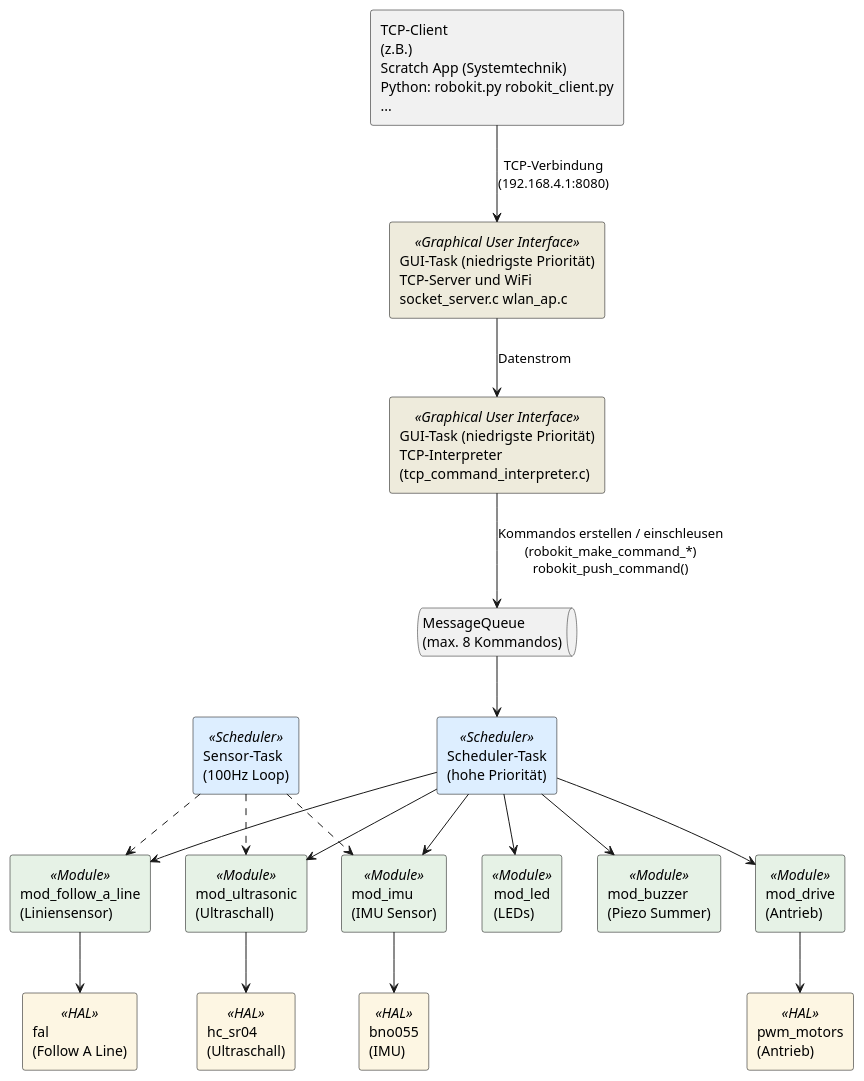
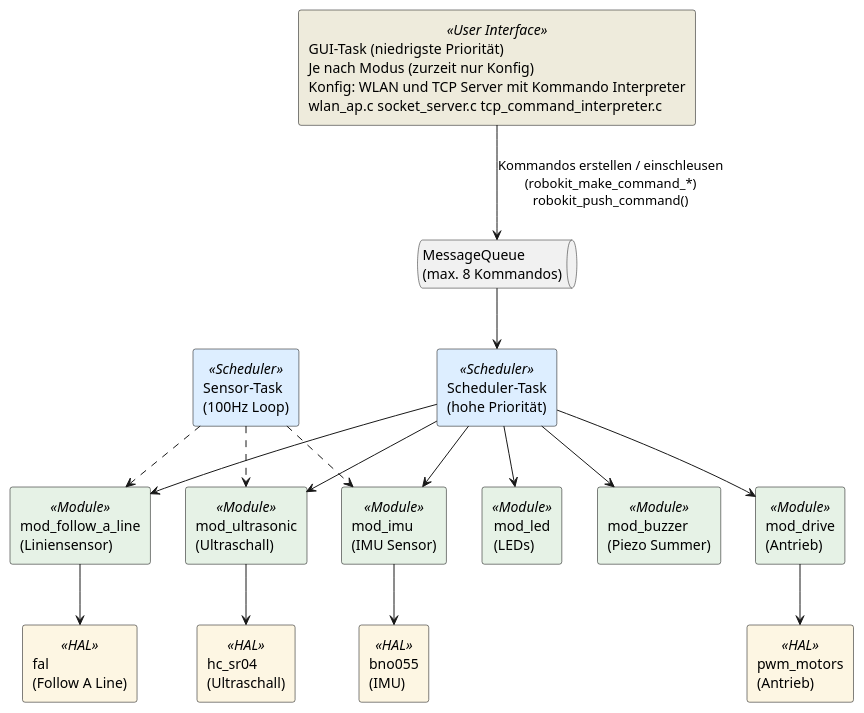
The diagram in components/hw_drive/docs/robokit-software-block-diagram.puml (tasoftch/Robokit), drawn with PlantUML before and after one commit. The commit also changed 1 other file, not shown here.

Commit message:
DOC: Make software block diagram

```diff
--- a/components/hw_drive/docs/robokit-software-block-diagram.puml
+++ b/components/hw_drive/docs/robokit-software-block-diagram.puml
@@ -1,55 +1,48 @@
 @startuml
 skinparam rectangle {
-  BackgroundColor<<Graphical User Interface>> #EEEBDC
+  BackgroundColor<<User Interface>> #EEEBDC
   BackgroundColor<<Scheduler>> #DDEEFF
   BackgroundColor<<Module>> #E6F2E6
   BackgroundColor<<HAL>> #FDF6E3
   BorderColor Black
 }
 
-rectangle "TCP-Client\n(z.B.)\nScratch App (Systemtechnik)\nPython: robokit.py robokit_client.py\n..." as Client
-rectangle "GUI-Task (niedrigste Priorität)\nTCP-Server und WiFi\nsocket_server.c wlan_ap.c" <<Graphical User Interface>> as TCPServer
 
-Client --> TCPServer : TCP-Verbindung\n(192.168.4.1:8080)
-
-
-rectangle "GUI-Task (niedrigste Priorität)\nTCP-Interpreter\n(tcp_command_interpreter.c)" <<Graphical User Interface>> as TCPInterpreter
-
-TCPServer --> TCPInterpreter : Datenstrom
+rectangle "GUI-Task (niedrigste Priorität)\nJe nach Modus (zurzeit nur Konfig)\nKonfig: WLAN und TCP Server mit Kommando Interpreter\nwlan_ap.c socket_server.c tcp_command_interpreter.c" <<User Interface>> as TCPInterpreter
 
 queue KommandoQueue as "MessageQueue\n(max. 8 Kommandos)"
 TCPInterpreter --> KommandoQueue : Kommandos erstellen / einschleusen\n(robokit_make_command_*)\nrobokit_push_command()
 
 rectangle "Scheduler-Task\n(hohe Priorität)" <<Scheduler>> as Scheduler
 KommandoQueue --> Scheduler
 
 
 rectangle "mod_imu\n(IMU Sensor)" <<Module>> as ModIMU
 rectangle "mod_ultrasonic\n(Ultraschall)" <<Module>> as ModUltra
 rectangle "mod_follow_a_line\n(Liniensensor)" <<Module>> as ModFAL
 rectangle "mod_drive\n(Antrieb)" <<Module>> as ModDrive
 rectangle "mod_led\n(LEDs)" <<Module>> as ModLED
 rectangle "mod_buzzer\n(Piezo Summer)" <<Module>> as ModBuz
 
 Scheduler --> ModDrive
 Scheduler --> ModLED
 Scheduler --> ModIMU
 Scheduler --> ModUltra
 Scheduler --> ModFAL
 Scheduler --> ModBuz
 
 rectangle "Sensor-Task\n(100Hz Loop)" <<Scheduler>> as SensorTask
 SensorTask ..> ModFAL
 SensorTask ..> ModIMU
 SensorTask ..> ModUltra
 
 rectangle "pwm_motors\n(Antrieb)" <<HAL>> as HALDrive
 rectangle "bno055\n(IMU)" <<HAL>> as HALIMU
 rectangle "hc_sr04\n(Ultraschall)" <<HAL>> as HALUltra
 rectangle "fal\n(Follow A Line)" <<HAL>> as HALFAL
 
 ModDrive --> HALDrive
 ModIMU --> HALIMU
 ModUltra --> HALUltra
 ModFAL --> HALFAL
 @enduml
```
